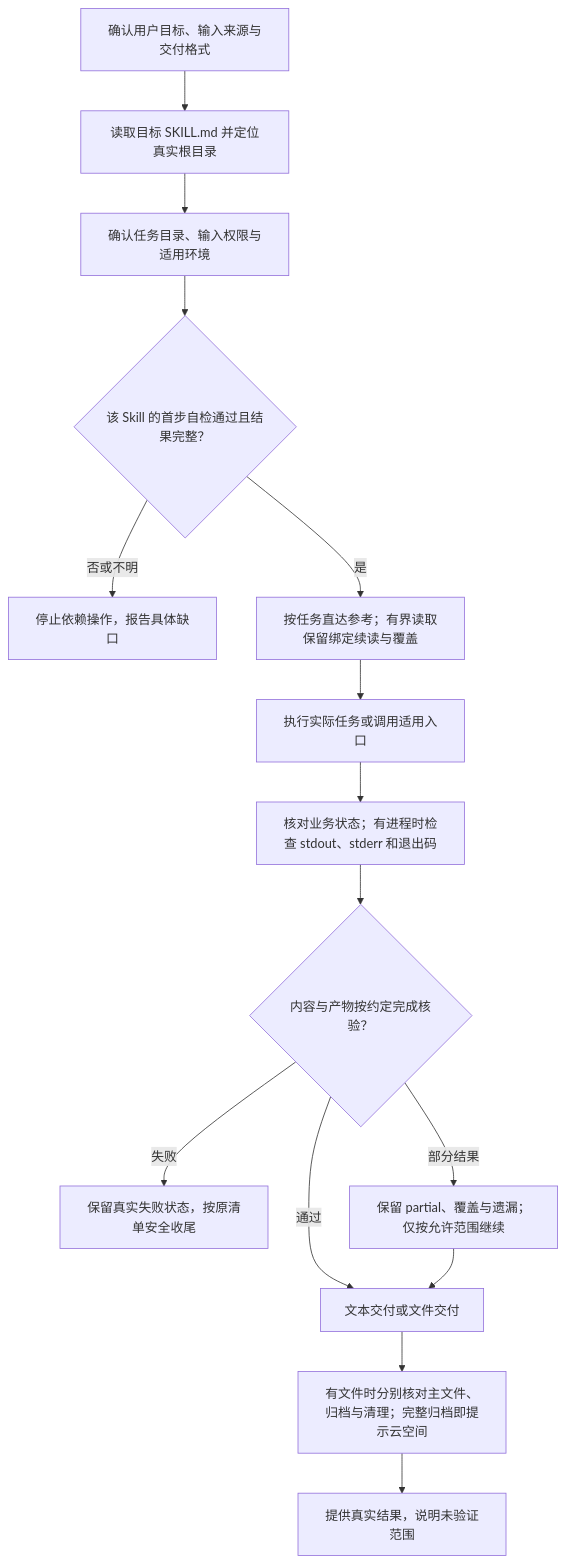
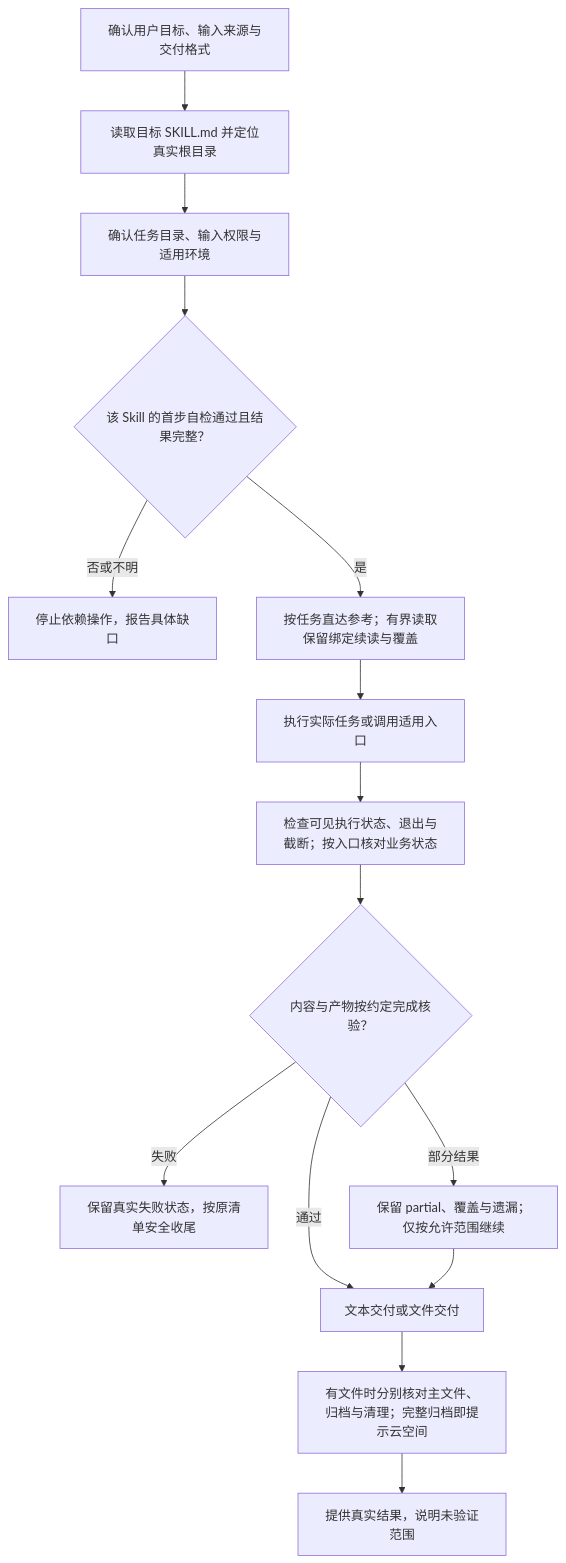
Before and after one commit to JohnParken/PSL-SKILLS: the second of 2 diagrams in docs/README.md, drawn with Mermaid. The commit also changed other lines of this file and 4 other files, not shown here.

````diff
--- a/docs/README.md
+++ b/docs/README.md
@@ -68,17 +68,17 @@
 ```mermaid
 flowchart TD
     A["确认用户目标、输入来源与交付格式"] --> B["读取目标 SKILL.md 并定位真实根目录"]
     B --> C["确认任务目录、输入权限与适用环境"]
     C --> D{"该 Skill 的首步自检通过且结果完整？"}
     D -->|"否或不明"| E["停止依赖操作，报告具体缺口"]
     D -->|"是"| F["按任务直达参考；有界读取保留绑定续读与覆盖"]
     F --> OP["执行实际任务或调用适用入口"]
-    OP --> G["核对业务状态；有进程时检查 stdout、stderr 和退出码"]
+    OP --> G["检查可见执行状态、退出与截断；按入口核对业务状态"]
     G --> H{"内容与产物按约定完成核验？"}
     H -->|"失败"| I["保留真实失败状态，按原清单安全收尾"]
     H -->|"部分结果"| J["保留 partial、覆盖与遗漏；仅按允许范围继续"]
     H -->|"通过"| K["文本交付或文件交付"]
     J --> K
     K --> L["有文件时分别核对主文件、归档与清理；完整归档即提示云空间"]
     L --> M["提供真实结果，说明未验证范围"]
 ```
````
